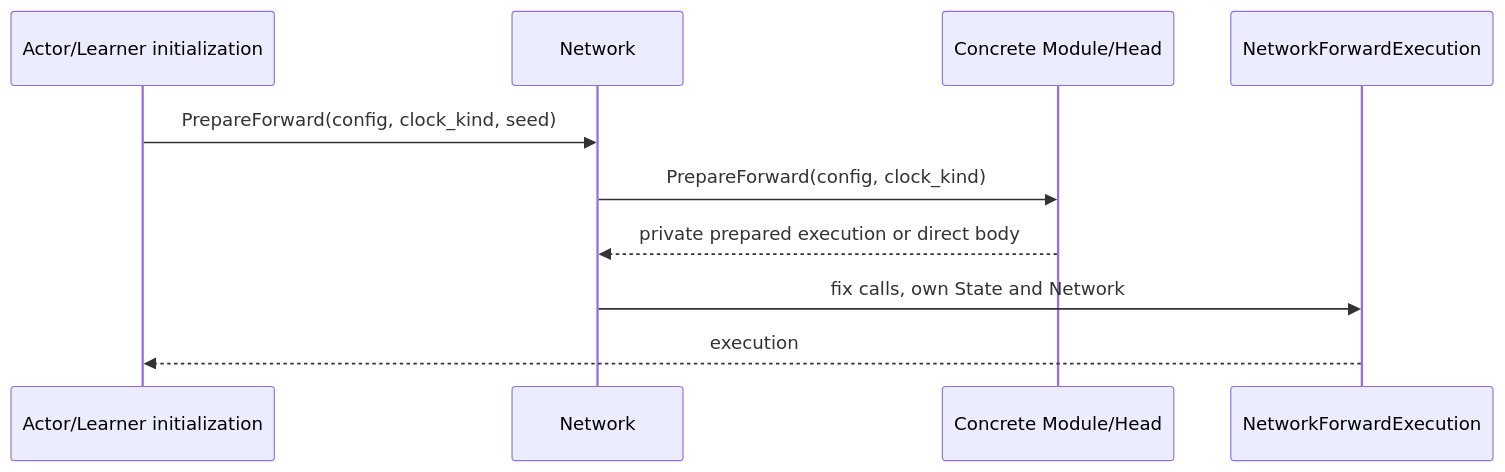
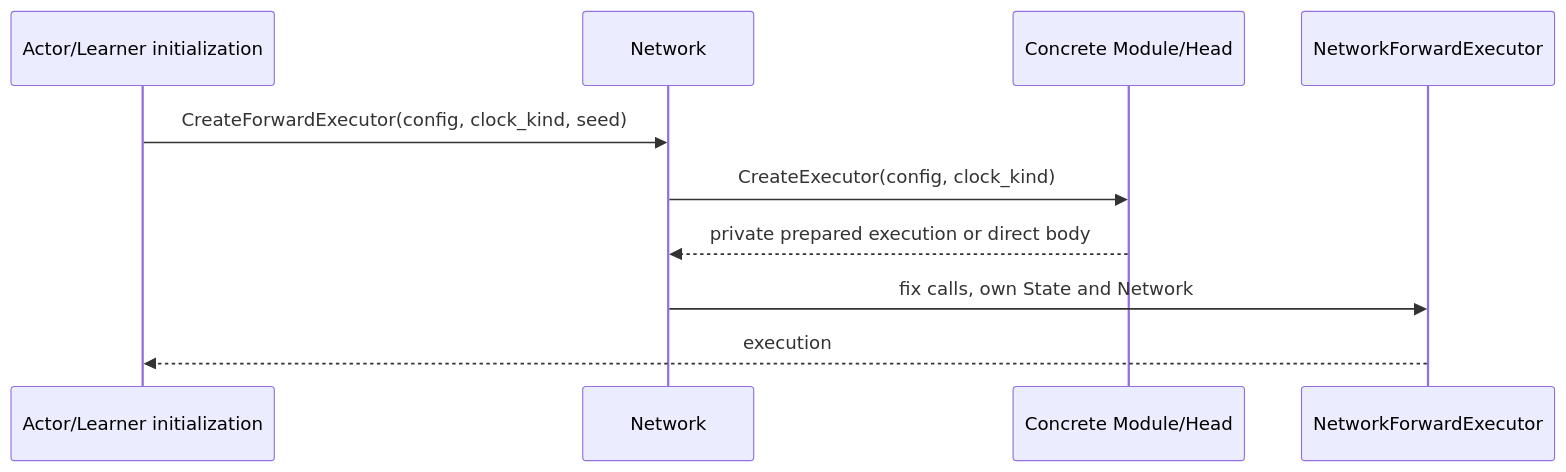
One commit to kazukin123/anet-lab changed the third of 4 diagrams in docs/design/130_neural_networks.en.md. Above: the diagram before and after it, drawn with Mermaid. The commit also changed other lines of this file and 23 other files, not shown here.

````diff
--- a/docs/design/130_neural_networks.en.md
+++ b/docs/design/130_neural_networks.en.md
@@ -233,12 +237,12 @@
 ```mermaid
 sequenceDiagram
     participant C as Actor/Learner initialization
     participant N as Network
     participant M as Concrete Module/Head
-    participant E as NetworkForwardExecution
-    C->>N: PrepareForward(config, clock_kind, seed)
-    N->>M: PrepareForward(config, clock_kind)
+    participant E as NetworkForwardExecutor
+    C->>N: CreateForwardExecutor(config, clock_kind, seed)
+    N->>M: CreateExecutor(config, clock_kind)
     M-->>N: private prepared execution or direct body
     N->>E: fix calls, own State and Network
     E-->>C: execution
 ```
````
